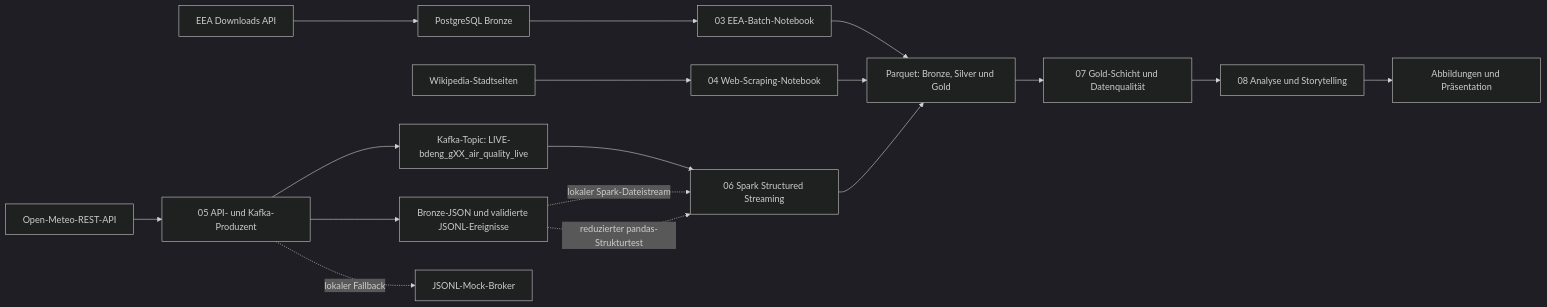
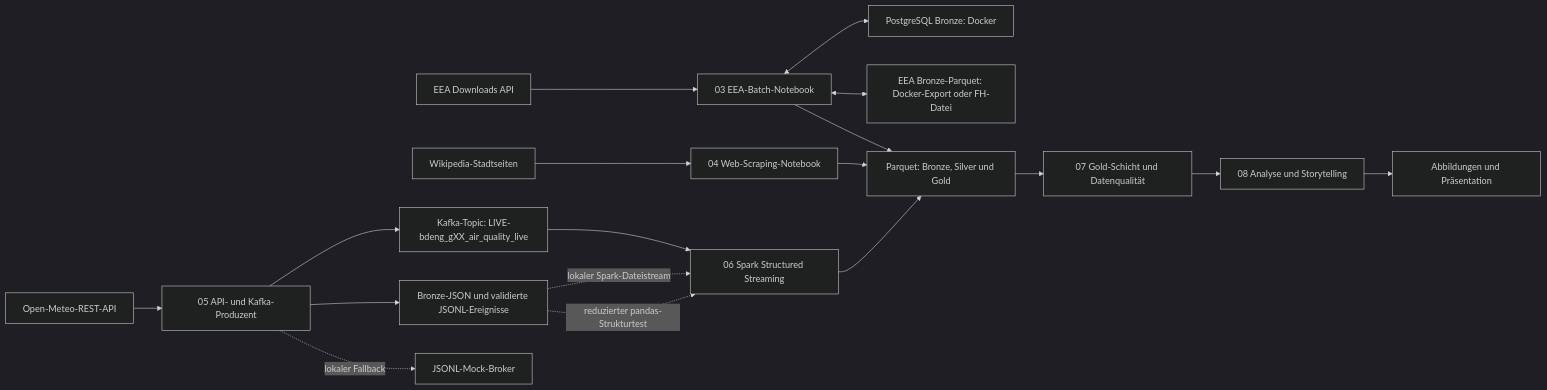
Before and after one commit to OnlyMajorG/euro-air-quality-pipeline: the diagram in docs/diagrams/architecture.mmd, drawn with Mermaid (dark theme). The commit also changed 12 other files, not shown here.

Commit message:
Update FH Umgebung EAA API to Parquet

```diff
--- a/docs/diagrams/architecture.mmd
+++ b/docs/diagrams/architecture.mmd
@@ -1,17 +1,18 @@
 flowchart LR
-    EEA["EEA Downloads API"] --> PG["PostgreSQL Bronze"]
-    PG --> N03["03 EEA-Batch-Notebook"]
+    EEA["EEA Downloads API"] --> N03["03 EEA-Batch-Notebook"]
+    N03 <--> PG["PostgreSQL Bronze: Docker"]
+    N03 <--> EEA_PARQUET["EEA Bronze-Parquet: Docker-Export oder FH-Datei"]
     WIKI["Wikipedia-Stadtseiten"] --> N04["04 Web-Scraping-Notebook"]
     API["Open-Meteo-REST-API"] --> N05["05 API- und Kafka-Produzent"]
     N05 --> RAW["Bronze-JSON und validierte JSONL-Ereignisse"]
     N05 --> KAFKA["Kafka-Topic: LIVE-bdeng_gXX_air_quality_live"]
     N05 -. "lokaler Fallback" .-> MOCK["JSONL-Mock-Broker"]
     KAFKA --> N06["06 Spark Structured Streaming"]
     RAW -. "lokaler Spark-Dateistream" .-> N06
     RAW -. "reduzierter pandas-Strukturtest" .-> N06
     N03 --> PARQUET["Parquet: Bronze, Silver und Gold"]
     N04 --> PARQUET
     N06 --> PARQUET
     PARQUET --> N07["07 Gold-Schicht und Datenqualität"]
     N07 --> N08["08 Analyse und Storytelling"]
     N08 --> PRES["Abbildungen und Präsentation"]
```
